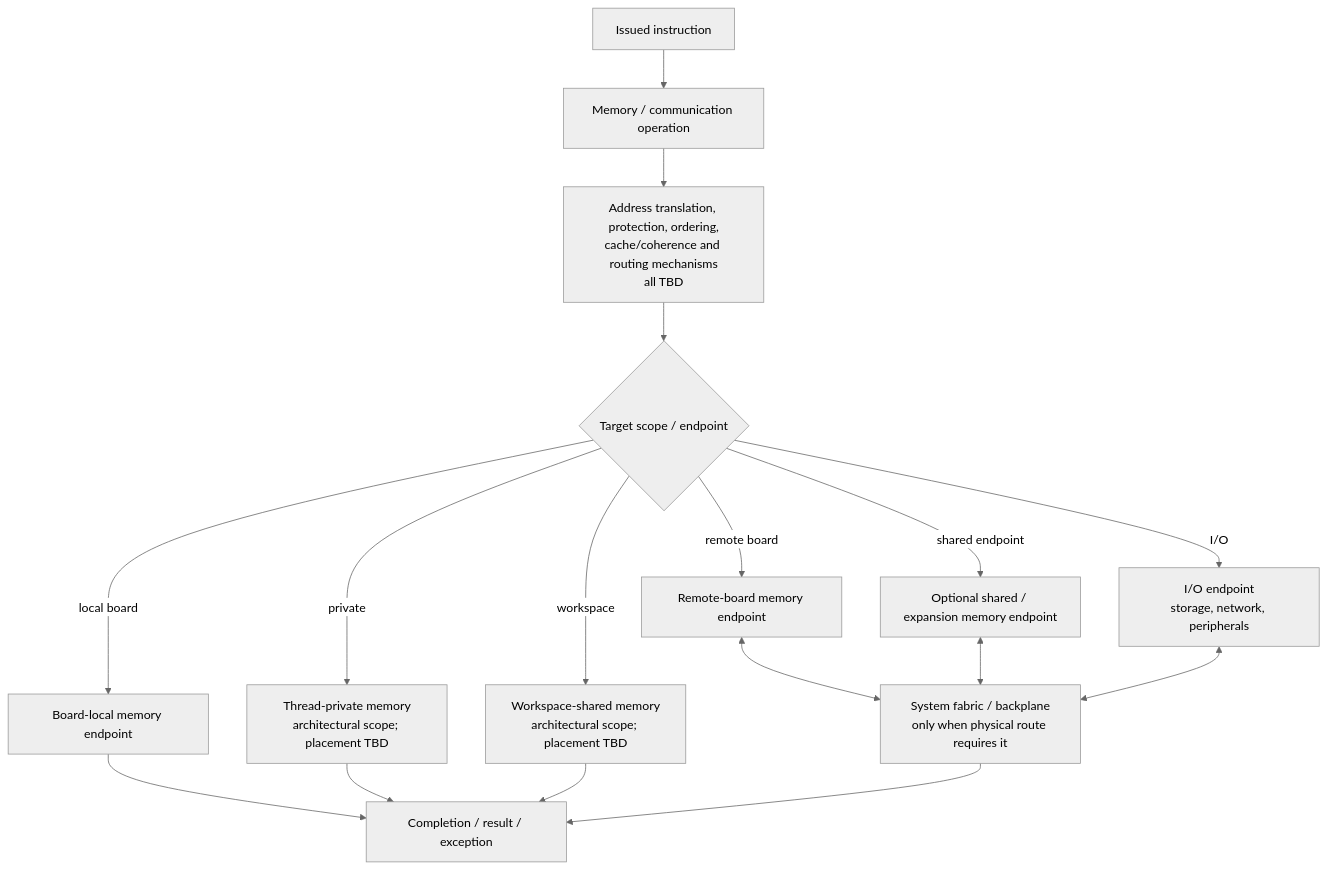
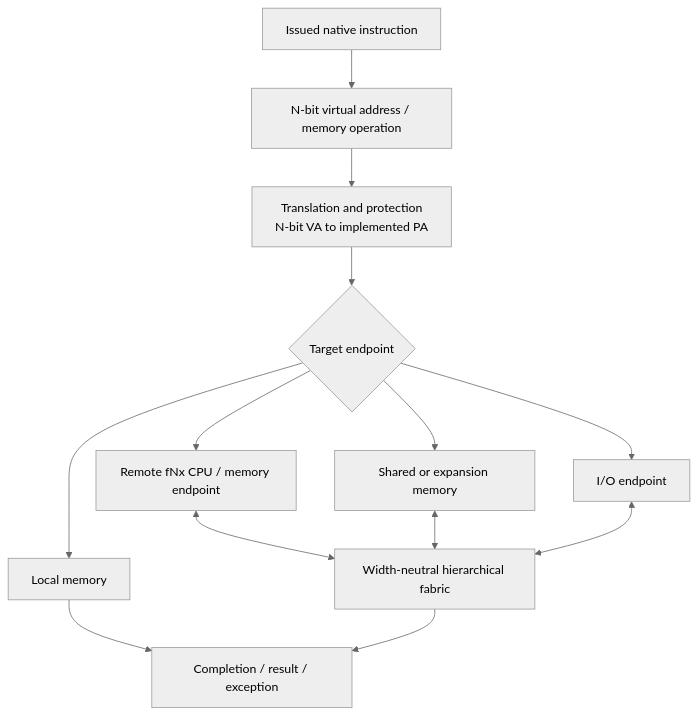
Before and after one commit to AI-TwinStream/f128x: the third of 3 diagrams in docs/architecture/data-paths-0.1.md, drawn with Mermaid (neutral theme). The commit also changed other lines of this file and 42 other files, not shown here.

First line of the commit message:
Establish fNx architecture family and platform research

````diff
--- a/docs/architecture/data-paths-0.1.md
+++ b/docs/architecture/data-paths-0.1.md
@@ -31,30 +49,23 @@
 ```mermaid
 flowchart TB
-    INS["Issued instruction"]
-    ADDR["Memory / communication operation"]
-    SCOPE{"Target scope / endpoint"}
-    PRIV["Thread-private memory\narchitectural scope; placement TBD"]
-    WS["Workspace-shared memory\narchitectural scope; placement TBD"]
-    LOCAL["Board-local memory endpoint"]
-    REMOTE["Remote-board memory endpoint"]
-    SHARED["Optional shared / expansion memory endpoint"]
-    IO["I/O endpoint\nstorage, network, peripherals"]
-    CTRL["Address translation, protection, ordering,\ncache/coherence and routing mechanisms\nall TBD"]
-    FAB["System fabric / backplane\nonly when physical route requires it"]
-    COMPLETE["Completion / result / exception"]
-
-    INS --> ADDR --> CTRL --> SCOPE
-    SCOPE -->|private| PRIV
-    SCOPE -->|workspace| WS
-    SCOPE -->|local board| LOCAL
-    SCOPE -->|remote board| REMOTE
-    SCOPE -->|shared endpoint| SHARED
-    SCOPE -->|I/O| IO
-    LOCAL --> COMPLETE
-    PRIV --> COMPLETE
-    WS --> COMPLETE
-    REMOTE <--> FAB
-    SHARED <--> FAB
-    IO <--> FAB
-    FAB --> COMPLETE
+  INS["Issued native instruction"]
+  ADDR["N-bit virtual address / memory operation"]
+  TRANS["Translation and protection\nN-bit VA to implemented PA"]
+  SCOPE{"Target endpoint"}
+  LOCAL["Local memory"]
+  REMOTE["Remote fNx CPU / memory endpoint"]
+  SHARED["Shared or expansion memory"]
+  IO["I/O endpoint"]
+  FAB["Width-neutral hierarchical fabric"]
+  COMPLETE["Completion / result / exception"]
+  INS --> ADDR --> TRANS --> SCOPE
+  SCOPE --> LOCAL
+  SCOPE --> REMOTE
+  SCOPE --> SHARED
+  SCOPE --> IO
+  REMOTE <--> FAB
+  SHARED <--> FAB
+  IO <--> FAB
+  LOCAL --> COMPLETE
+  FAB --> COMPLETE
 ```
````
